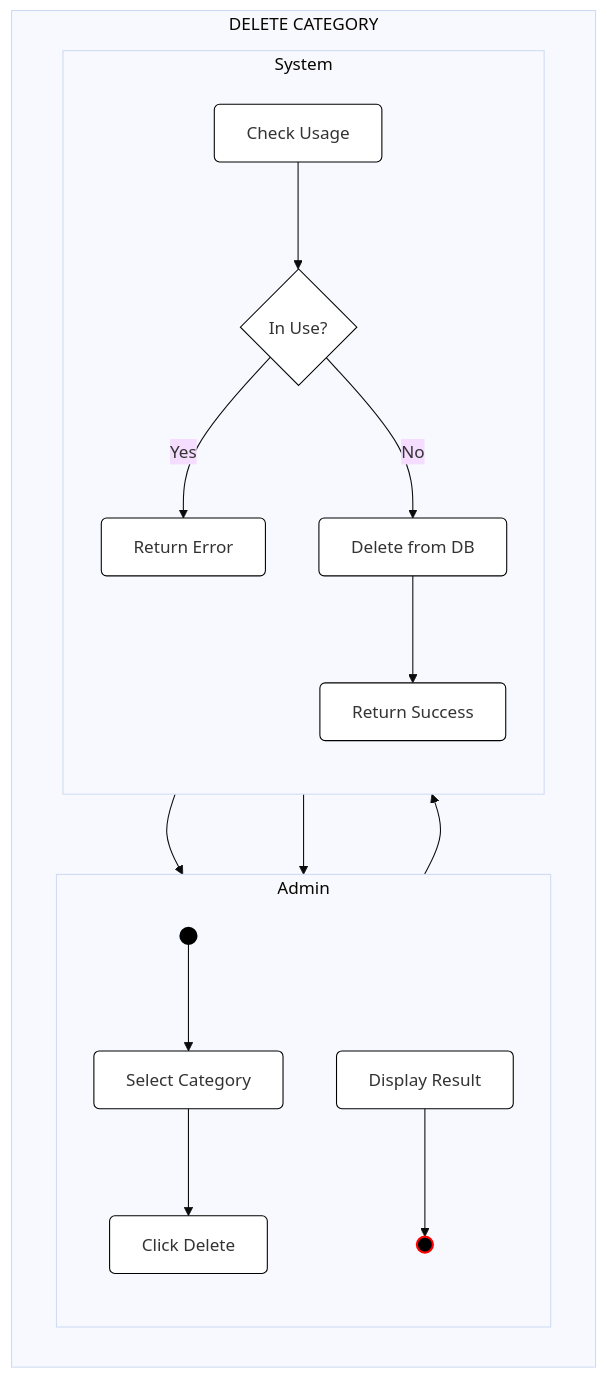
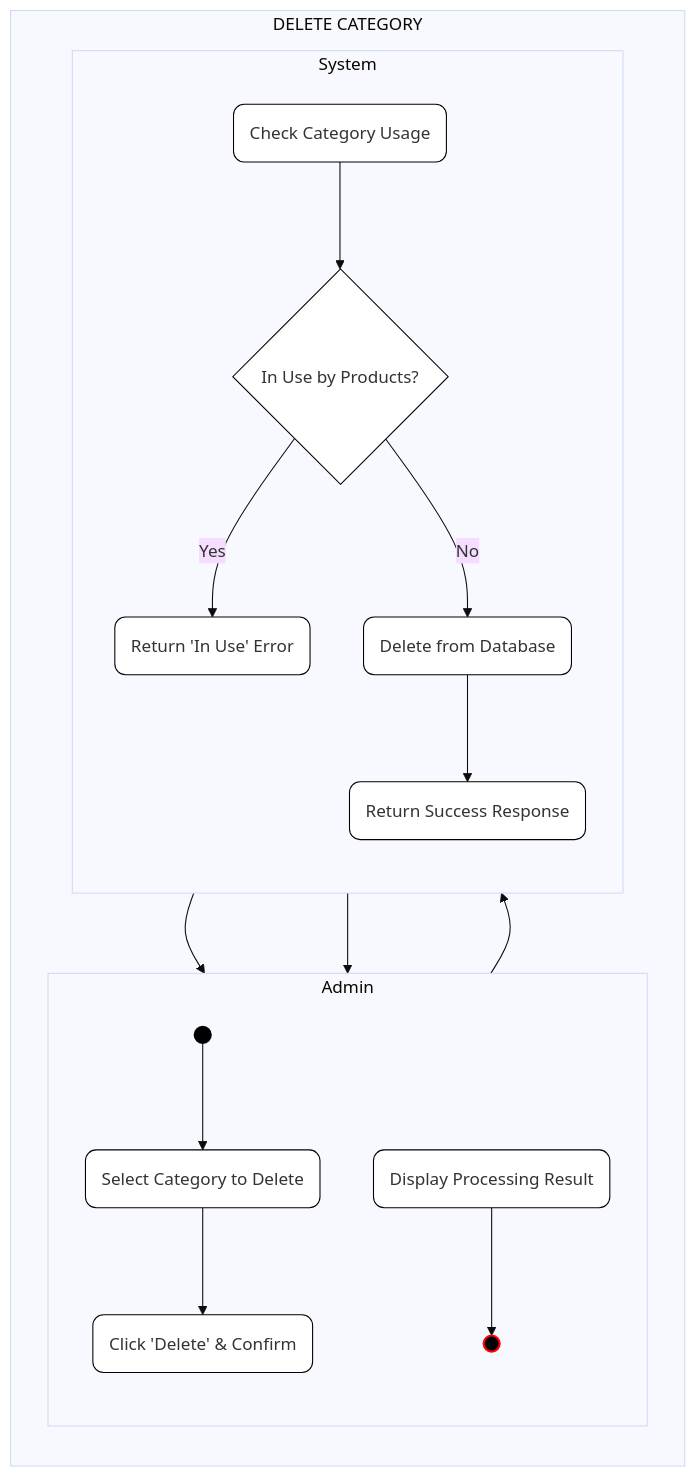
The fifth of 6 diagrams in UML_Activity_Diagrams.md (phuongloannn/bicycle-web-FE), drawn with Mermaid (base theme) before and after one commit. The commit also changed other lines of this file, not shown here.

Commit message:
Update Activity Diagrams with rounded action nodes and improved labels matching visual style

````diff
--- a/UML_Activity_Diagrams.md
+++ b/UML_Activity_Diagrams.md
@@ -218,43 +218,43 @@
 ```mermaid
 flowchart TB
     %% Definitions
     classDef startNode fill:#000,stroke:#000,stroke-width:2px,color:#fff;
     classDef endNode fill:#000,stroke:#f00,stroke-width:2px,color:#fff;
-    classDef actionNode fill:#fff,stroke:#000,stroke-width:1px,rx:5,ry:5;
+    classDef actionNode fill:#fff,stroke:#000,stroke-width:1px,rx:10,ry:10;
     classDef decisionNode fill:#fff,stroke:#000,stroke-width:1px,shape:diamond;
 
     subgraph DelCatGroup ["DELETE CATEGORY"]
         direction TB
 
         subgraph AdminCol5 ["Admin"]
             direction TB
             Start5(( )):::startNode
-            A5_1[Select Category]:::actionNode
-            A5_2[Click Delete]:::actionNode
-            A5_3[Display Result]:::actionNode
+            A5_1(Select Category to Delete):::actionNode
+            A5_2(Click 'Delete' & Confirm):::actionNode
+            A5_3(Display Processing Result):::actionNode
             End5(( )):::endNode
 
             Start5 --> A5_1
             A5_1 --> A5_2
         end
 
         subgraph SystemCol5 ["System"]
             direction TB
-            S5_1[Check Usage]:::actionNode
-            D5_1{In Use?}:::decisionNode
-            S5_2[Delete from DB]:::actionNode
-            S5_3[Return Success]:::actionNode
-            S5_4[Return Error]:::actionNode
+            S5_1(Check Category Usage):::actionNode
+            D5_1{In Use by Products?}:::decisionNode
+            S5_2(Delete from Database):::actionNode
+            S5_3(Return Success Response):::actionNode
+            S5_4(Return 'In Use' Error):::actionNode
 
             A5_2 --> S5_1
             S5_1 --> D5_1
             D5_1 -- Yes --> S5_4
             D5_1 -- No --> S5_2
             S5_2 --> S5_3
             S5_3 --> A5_3
             S5_4 --> A5_3
         end
         
         A5_3 --> End5
     end
 ```
````
